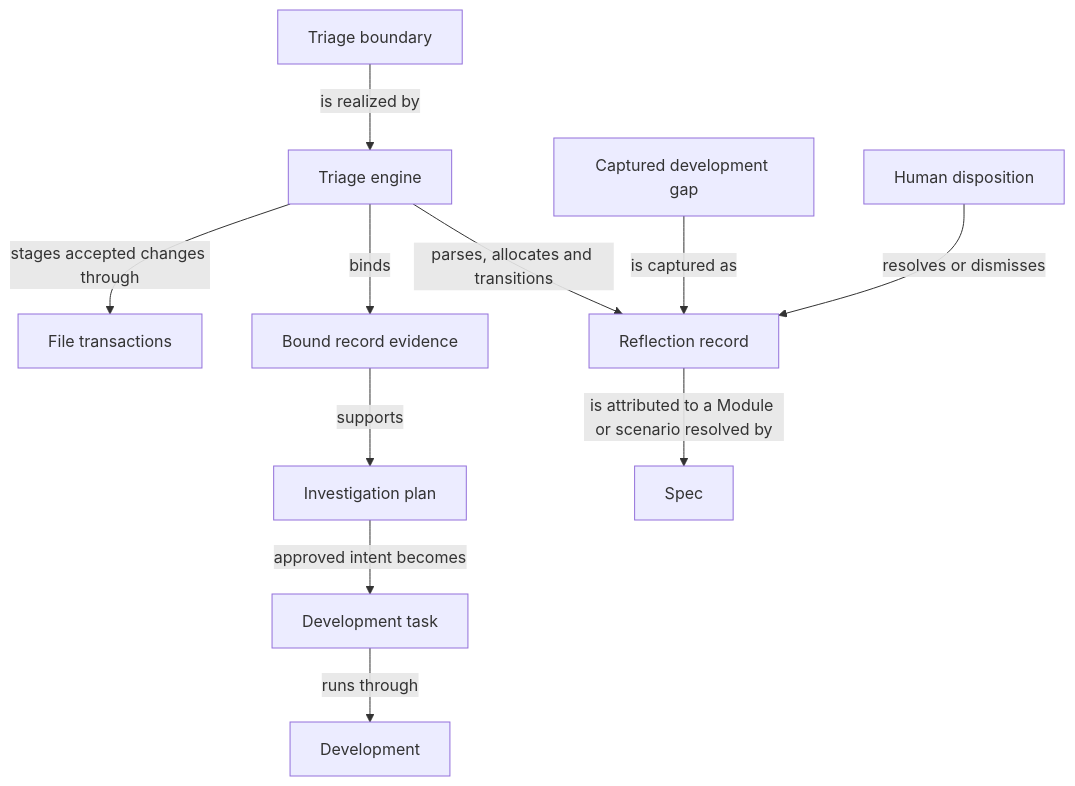
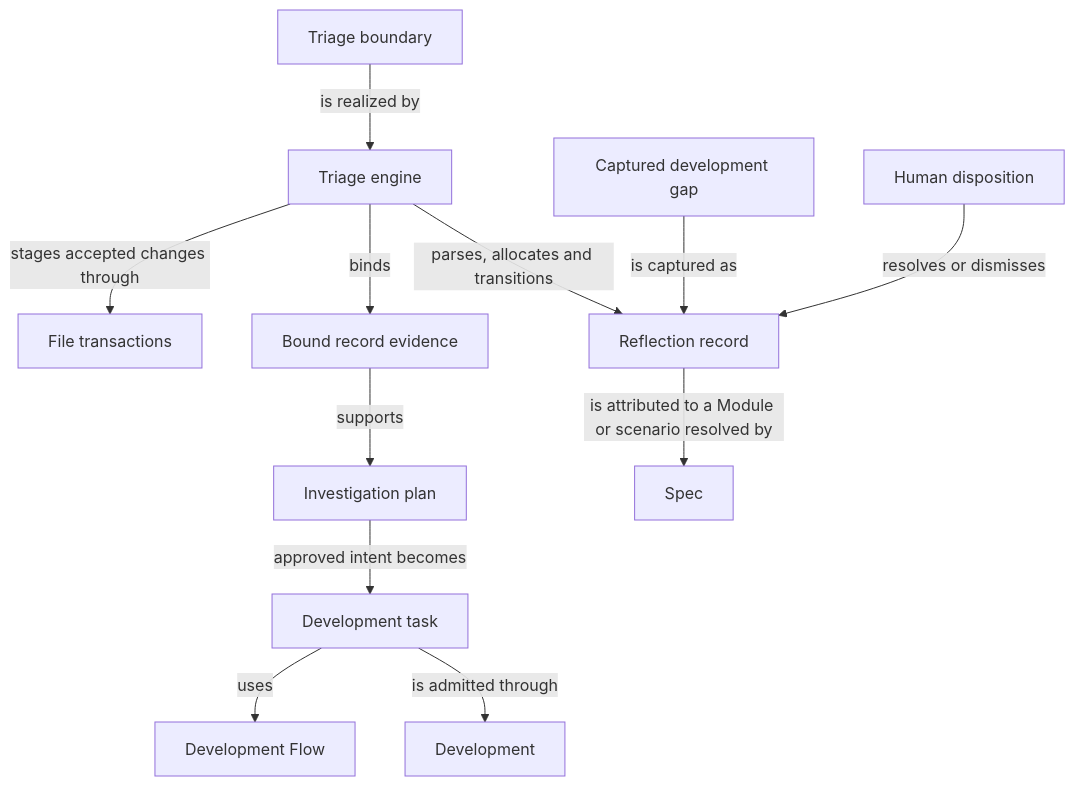
The diagram in specs/concorde/reflections/module.md (FTOD/concorde), drawn with Mermaid before and after one commit. The commit also changed other lines of this file and 40 other files, not shown here.

````diff
--- a/specs/concorde/reflections/module.md
+++ b/specs/concorde/reflections/module.md
@@ -195,26 +202,28 @@
 ```mermaid
 flowchart TB
     accTitle: Reflections entities and relationships
     accDescr: The triage boundary is realized by the triage engine, which parses and transitions Reflection records, binds selected evidence for investigation, and stages accepted changes through File transactions. A captured development gap becomes a Reflection record whose Module or scenario attribution is resolved by Spec. Bound record evidence supports an investigation plan; an approved plan becomes a development task that runs through Development. A human disposition independently resolves or dismisses the record.
     triageBoundary["Triage boundary"]
     triageEngine["Triage engine"]
     record["Reflection record"]
     gap["Captured development gap"]
     evidence["Bound record evidence"]
     plan["Investigation plan"]
     task["Development task"]
     disposition["Human disposition"]
     spec["Spec"]
     development["Development"]
     fileTransactions["File transactions"]
     triageBoundary -->|is realized by| triageEngine
     gap -->|is captured as| record
     triageEngine -->|parses, allocates and transitions| record
     record -->|is attributed to a Module or scenario resolved by| spec
     triageEngine -->|binds| evidence
     evidence -->|supports| plan
     plan -->|approved intent becomes| task
-    task -->|runs through| development
+    task -->|is admitted through| development
     disposition -->|resolves or dismisses| record
     triageEngine -->|stages accepted changes through| fileTransactions
+    module_dev_loop["Development Flow"]
+    task -->|uses| module_dev_loop
 ```
````
